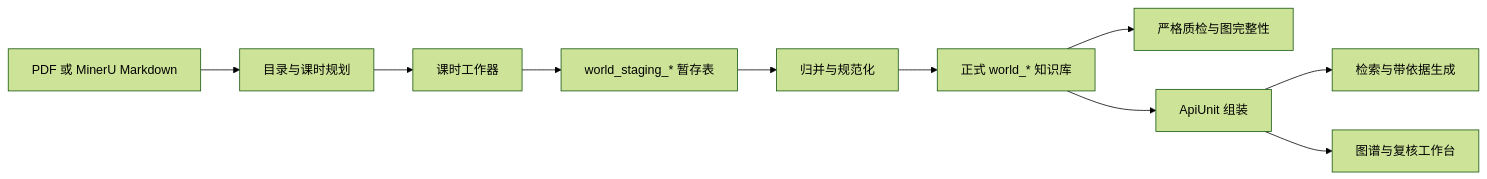
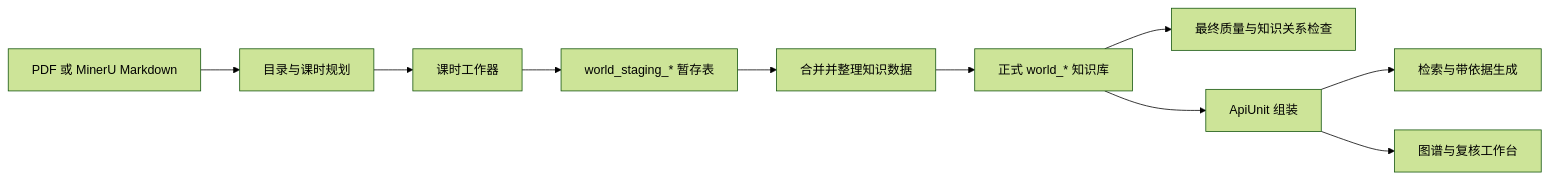
The diagram in README.zh-CN.md (Titan-Frank/InnoKnowledge), drawn with Mermaid (forest theme) before and after one commit. The commit also changed other lines of this file and 19 other files, not shown here.

````diff
--- a/README.zh-CN.md
+++ b/README.zh-CN.md
@@ -39,12 +39,12 @@
 ```mermaid
 flowchart LR
     A["PDF 或 MinerU Markdown"] --> B["目录与课时规划"]
     B --> C["课时工作器"]
     C --> D["world_staging_* 暂存表"]
-    D --> E["归并与规范化"]
+    D --> E["合并并整理知识数据"]
     E --> F["正式 world_* 知识库"]
-    F --> G["严格质检与图完整性"]
+    F --> G["最终质量与知识关系检查"]
     F --> H["ApiUnit 组装"]
     H --> I["检索与带依据生成"]
     H --> J["图谱与复核工作台"]
 ```
````
